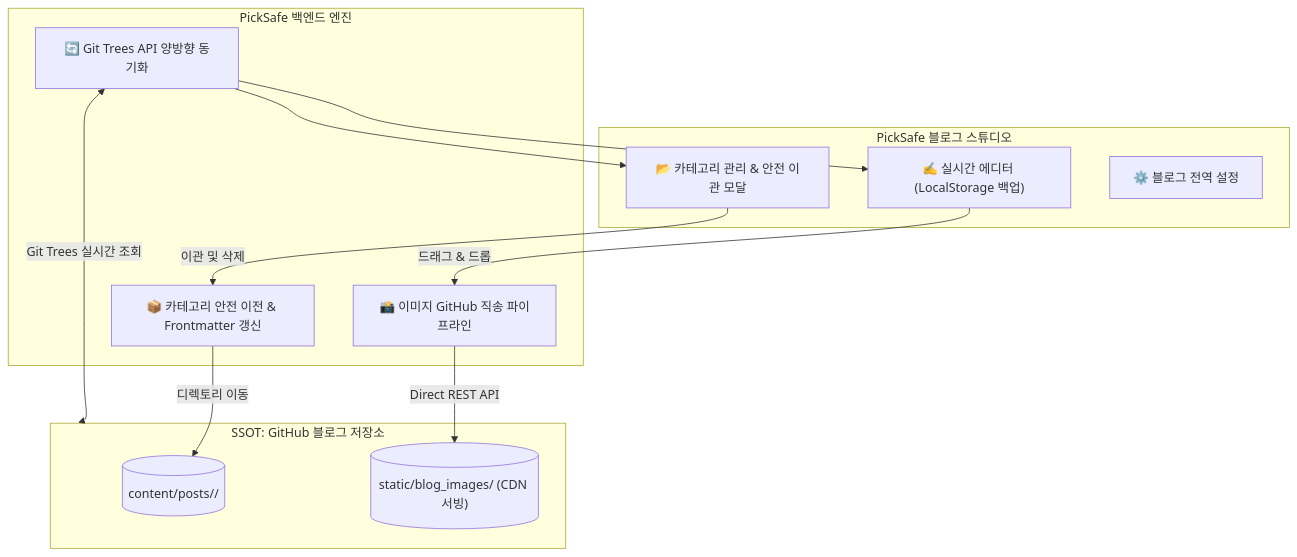
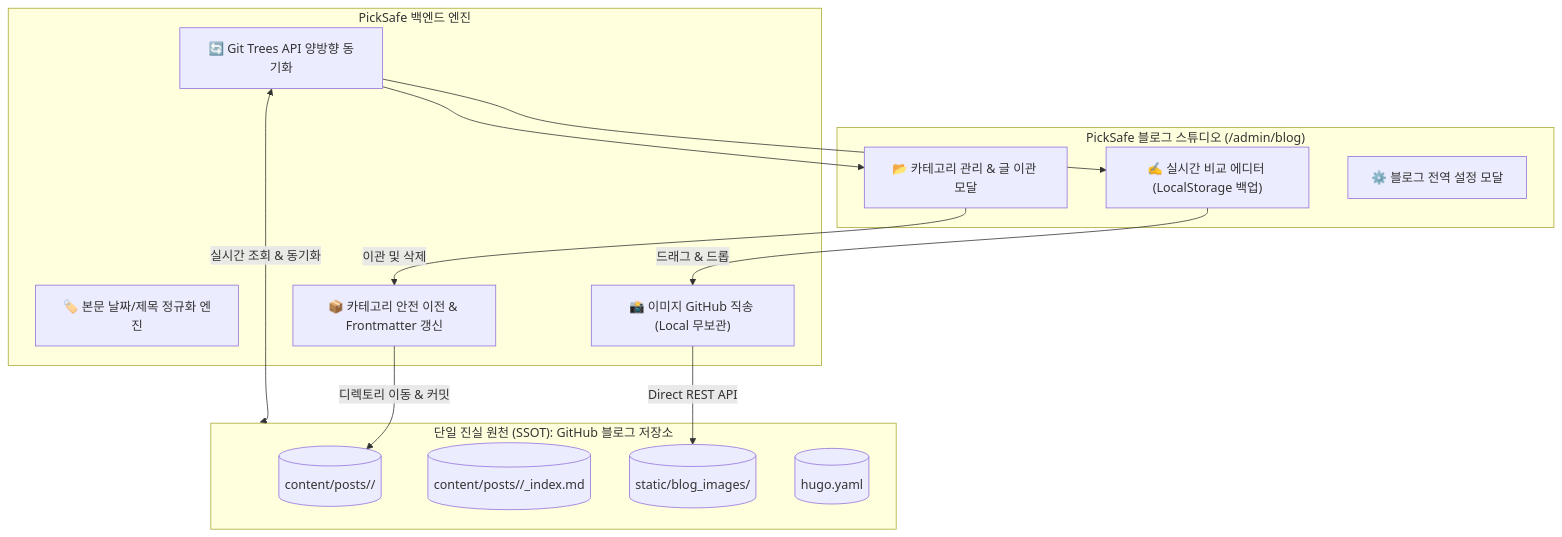
One commit to daniel-dataflow/daniel-dataflow.github.io changed the diagram in content/posts/picksafe/2026-08-31-블로그-스튜디오-양방향-동기화-SSOT-이미지-파이프라인-및-카테고리-생애주기-아키텍처.md. Above: the diagram before and after it, drawn with Mermaid. The commit also changed other lines of this file and 61 other files, not shown here.

Commit message:
Auto Post: PickSafe 의사결정 일지 업데이트

````diff
--- a/content/posts/picksafe/2026-08-31-블로그-스튜디오-양방향-동기화-SSOT-이미지-파이프라인-및-카테고리-생애주기-아키텍처.md
+++ b/content/posts/picksafe/2026-08-31-블로그-스튜디오-양방향-동기화-SSOT-이미지-파이프라인-및-카테고리-생애주기-아키텍처.md
@@ -39,27 +42,30 @@
 ```mermaid
 flowchart TD
-    subgraph PickSafe_Studio ["PickSafe 블로그 스튜디오"]
-        UI_EDITOR["✍️ 실시간 에디터 (LocalStorage 백업)"]
-        UI_CAT["📂 카테고리 관리 & 안전 이관 모달"]
-        UI_SET["⚙️ 블로그 전역 설정"]
+    subgraph PickSafe_Studio ["PickSafe 블로그 스튜디오 (/admin/blog)"]
+        UI_EDITOR["✍️ 실시간 비교 에디터 (LocalStorage 백업)"]
+        UI_CAT["📂 카테고리 관리 & 글 이관 모달"]
+        UI_SET["⚙️ 블로그 전역 설정 모달"]
     end
 
     subgraph Backend_Engine ["PickSafe 백엔드 엔진"]
         SYNC["🔄 Git Trees API 양방향 동기화"]
-        IMG_DIR["📸 이미지 GitHub 직송 파이프라인"]
+        PARSE["🏷️ 본문 날짜/제목 정규화 엔진"]
+        IMG_DIR["📸 이미지 GitHub 직송 (Local 무보관)"]
         MIGRATE["📦 카테고리 안전 이전 & Frontmatter 갱신"]
     end
 
-    subgraph GitHub_Repo ["SSOT: GitHub 블로그 저장소"]
+    subgraph GitHub_Repo ["단일 진실 원천 (SSOT): GitHub 블로그 저장소"]
         GH_POSTS[("content/posts/<category>/")]
-        GH_IMG[("static/blog_images/ (CDN 서빙)")]
+        GH_INDEX[("content/posts/<category>/_index.md")]
+        GH_IMG[("static/blog_images/")]
+        GH_CONFIG[("hugo.yaml")]
     end
 
     UI_EDITOR -->|드래그 & 드롭| IMG_DIR
     IMG_DIR -->|Direct REST API| GH_IMG
     UI_CAT -->|이관 및 삭제| MIGRATE
-    MIGRATE -->|디렉토리 이동| GH_POSTS
-    SYNC <-->|Git Trees 실시간 조회| GitHub_Repo
+    MIGRATE -->|디렉토리 이동 & 커밋| GH_POSTS
+    SYNC <-->|실시간 조회 & 동기화| GitHub_Repo
     SYNC --> UI_EDITOR
     SYNC --> UI_CAT
 ```
````
